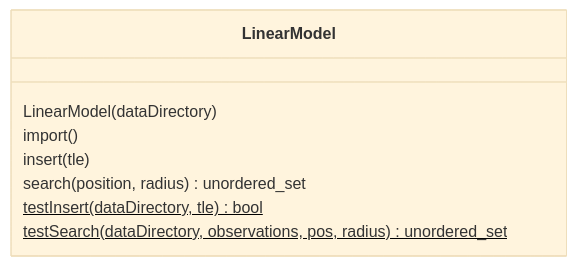
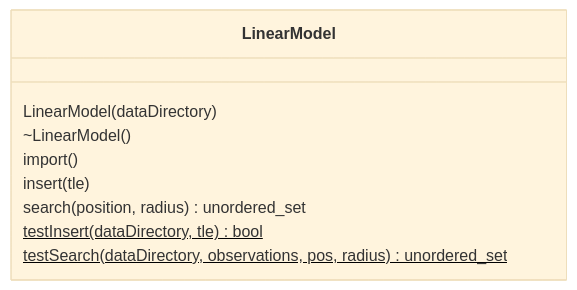
Before and after one commit to brosenthal140/satellite-coverage-tracker: the sixth of 12 diagrams in README.md, drawn with Mermaid (base theme). The commit also changed other lines of this file and 2 other files, not shown here.

Commit message:
- feat: adds declaration for runCLI() method - feat: adds definition for the _initModel() method - docs: updates README.md

````diff
--- a/README.md
+++ b/README.md
@@ -193,11 +192,12 @@
 ```mermaid
 classDiagram
 class LinearModel {
     LinearModel(dataDirectory)
+    ~LinearModel()
     import()
     insert(tle)
     search(position, radius) unordered_set<int>
     testInsert(dataDirectory, tle)$ bool
     testSearch(dataDirectory, observations, pos, radius)$ unordered_set<int>
 }
 ```
````
